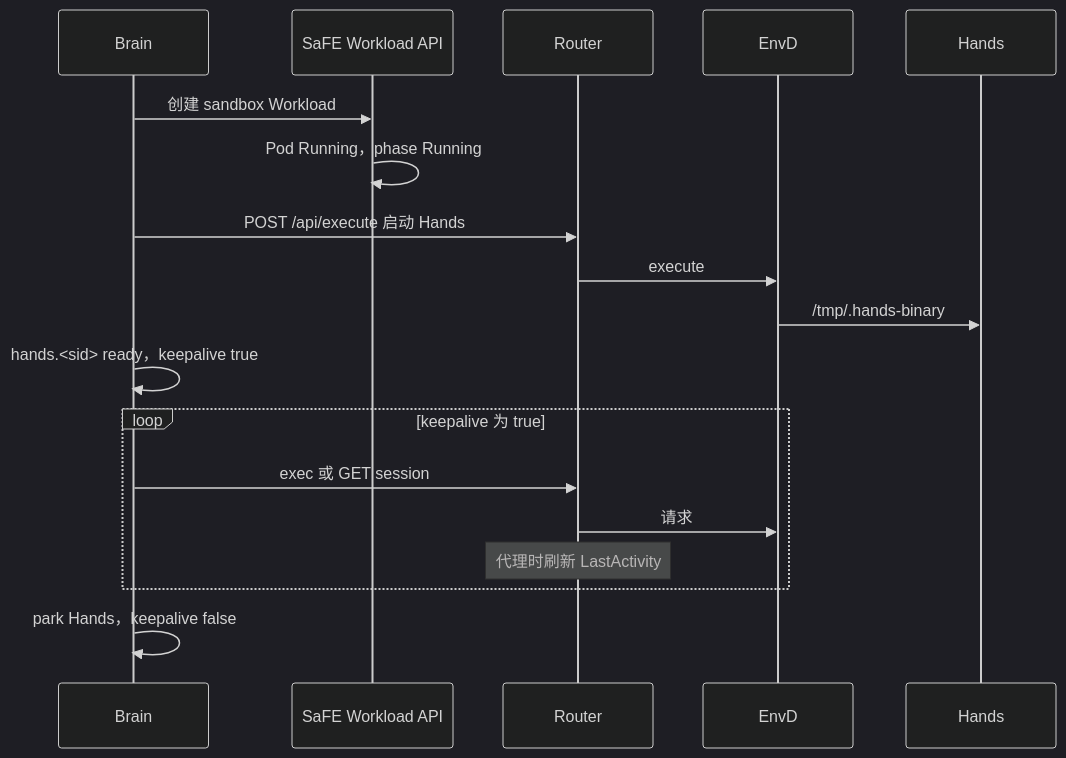
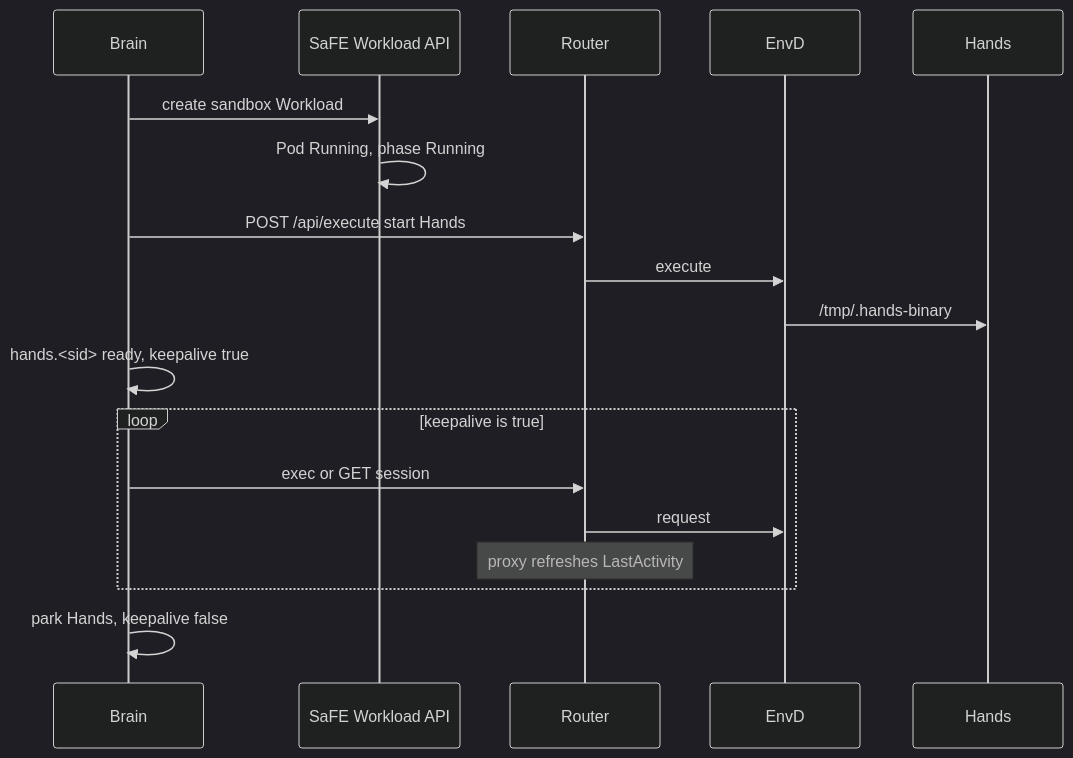
The diagram in claw/docs/sandbox-session-lifecycle.md (AMD-AGI/PrimusClaw), drawn with Mermaid (dark theme) before and after one commit. The commit also changed other lines of this file and 17 other files, not shown here.

````diff
--- a/claw/docs/sandbox-session-lifecycle.md
+++ b/claw/docs/sandbox-session-lifecycle.md
@@ -21,21 +30,21 @@
 ```mermaid
 sequenceDiagram
     participant Brain
     participant SaFE as SaFE Workload API
     participant Router
     participant EnvD
     participant Hands
 
-    Brain->>SaFE: 创建 sandbox Workload
-    SaFE->>SaFE: Pod Running，phase Running
-    Brain->>Router: POST /api/execute 启动 Hands
+    Brain->>SaFE: create sandbox Workload
+    SaFE->>SaFE: Pod Running, phase Running
+    Brain->>Router: POST /api/execute start Hands
     Router->>EnvD: execute
     EnvD->>Hands: /tmp/.hands-binary
-    Brain->>Brain: hands.<sid> ready，keepalive true
-    loop keepalive 为 true
-        Brain->>Router: exec 或 GET session
-        Router->>EnvD: 请求
-        Note over Router: 代理时刷新 LastActivity
+    Brain->>Brain: hands.<sid> ready, keepalive true
+    loop keepalive is true
+        Brain->>Router: exec or GET session
+        Router->>EnvD: request
+        Note over Router: proxy refreshes LastActivity
     end
-    Brain->>Brain: park Hands，keepalive false
+    Brain->>Brain: park Hands, keepalive false
 ```
````
